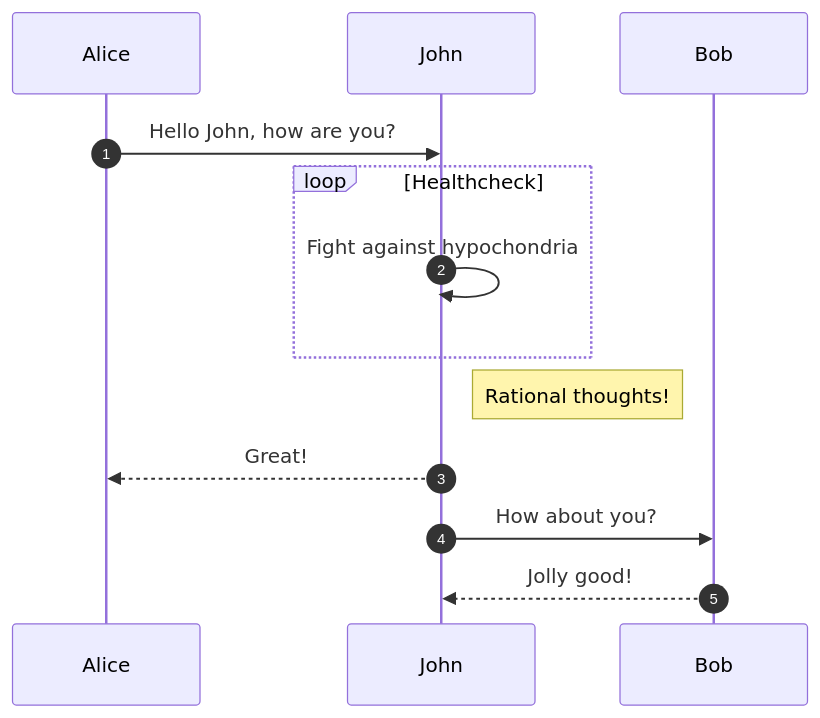
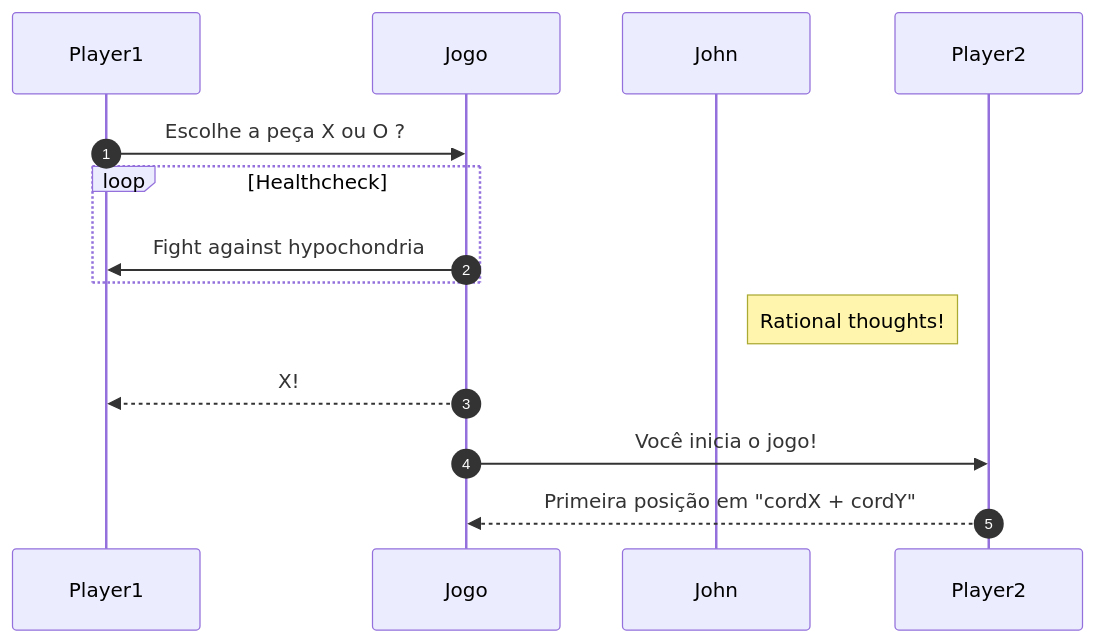
One commit to lirahc/prg22107_231 changed the second of 2 diagrams in review_01.md. Above: the diagram before and after it, drawn with Mermaid. The commit also changed other lines of this file, not shown here.

````diff
--- a/review_01.md
+++ b/review_01.md
@@ -42,12 +42,12 @@
 ```mermaid
 sequenceDiagram
     autonumber
-    Alice->>John: Hello John, how are you?
+    Player1->>Jogo: Escolhe a peça X ou O ?
     loop Healthcheck
-        John->>John: Fight against hypochondria
+        Jogo->>Player1: Fight against hypochondria
     end
     Note right of John: Rational thoughts!
-    John-->>Alice: Great!
-    John->>Bob: How about you?
-    Bob-->>John: Jolly good!
+    Jogo-->>Player1: X!
+    Jogo->>Player2: Você inicia o jogo!
+    Player2-->>Jogo: Primeira posição em "cordX + cordY"
 ```
````
